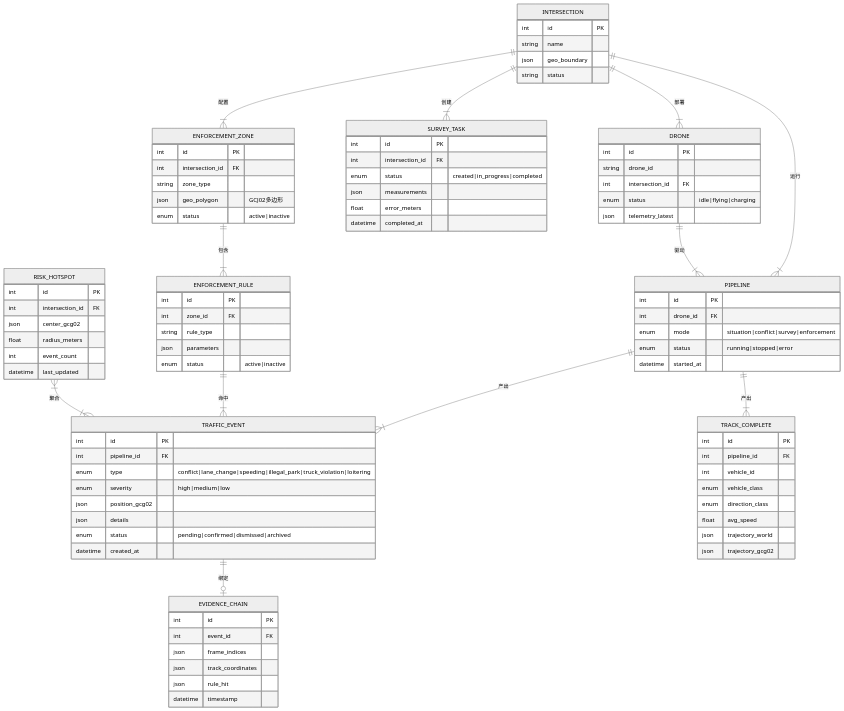
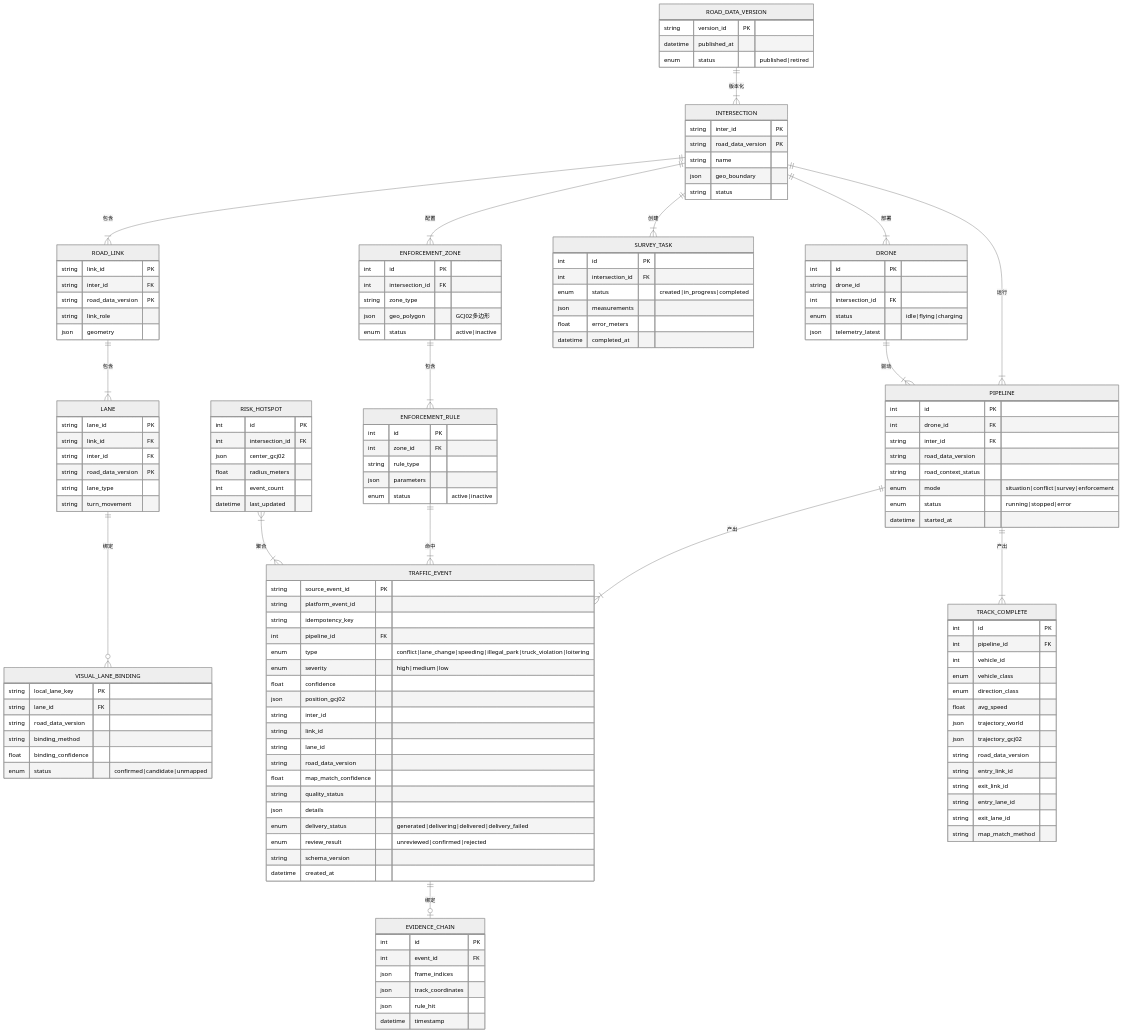
The second of 4 diagrams in docs/generated/2026-06-29-uav-traffic-ai-prd.md (fjwangzy/TrafficAnalyzer), drawn with Mermaid (neutral theme) before and after one commit. The commit also changed other lines of this file and 51 other files, not shown here.

First line of the commit message:
Add S7 Quality Acceptance and Operations PRD and Road Network Data Investigation Documentation

````diff
--- a/docs/generated/2026-06-29-uav-traffic-ai-prd.md
+++ b/docs/generated/2026-06-29-uav-traffic-ai-prd.md
@@ -396,7 +685,11 @@
 ```mermaid
 erDiagram
+    ROAD_DATA_VERSION ||--|{ INTERSECTION : "版本化"
     INTERSECTION ||--|{ DRONE : "部署"
     INTERSECTION ||--|{ PIPELINE : "运行"
+    INTERSECTION ||--|{ ROAD_LINK : "包含"
+    ROAD_LINK ||--|{ LANE : "包含"
+    LANE ||--o{ VISUAL_LANE_BINDING : "绑定"
     INTERSECTION ||--|{ SURVEY_TASK : "创建"
     INTERSECTION ||--|{ ENFORCEMENT_ZONE : "配置"
 
@@ -411,10 +704,43 @@
     RISK_HOTSPOT }|--|{ TRAFFIC_EVENT : "聚合"
 
     INTERSECTION {
-        int id PK
+        string inter_id PK
+        string road_data_version PK
         string name
         json geo_boundary
         string status
+    }
+
+    ROAD_DATA_VERSION {
+        string version_id PK
+        datetime published_at
+        enum status "published|retired"
+    }
+
+    ROAD_LINK {
+        string link_id PK
+        string inter_id FK
+        string road_data_version PK
+        string link_role
+        json geometry
+    }
+
+    LANE {
+        string lane_id PK
+        string link_id FK
+        string inter_id FK
+        string road_data_version PK
+        string lane_type
+        string turn_movement
+    }
+
+    VISUAL_LANE_BINDING {
+        string local_lane_key PK
+        string lane_id FK
+        string road_data_version
+        string binding_method
+        float binding_confidence
+        enum status "confirmed|candidate|unmapped"
     }
 
     DRONE {
@@ -428,19 +754,33 @@
     PIPELINE {
         int id PK
         int drone_id FK
+        string inter_id FK
+        string road_data_version
+        string road_context_status
         enum mode "situation|conflict|survey|enforcement"
         enum status "running|stopped|error"
         datetime started_at
     }
 
     TRAFFIC_EVENT {
-        int id PK
+        string source_event_id PK
+        string platform_event_id
+        string idempotency_key
         int pipeline_id FK
         enum type "conflict|lane_change|speeding|illegal_park|truck_violation|loitering"
         enum severity "high|medium|low"
-        json position_gcg02
+        float confidence
+        json position_gcj02
+        string inter_id
+        string link_id
+        string lane_id
+        string road_data_version
+        float map_match_confidence
+        string quality_status
         json details
-        enum status "pending|confirmed|dismissed|archived"
+        enum delivery_status "generated|delivering|delivered|delivery_failed"
+        enum review_result "unreviewed|confirmed|rejected"
+        string schema_version
         datetime created_at
     }
 
@@ -481,7 +821,7 @@
     RISK_HOTSPOT {
         int id PK
         int intersection_id FK
-        json center_gcg02
+        json center_gcj02
         float radius_meters
         int event_count
         datetime last_updated
@@ -495,6 +835,12 @@
         enum direction_class
         float avg_speed
         json trajectory_world
-        json trajectory_gcg02
+        json trajectory_gcj02
+        string road_data_version
+        string entry_link_id
+        string exit_link_id
+        string entry_lane_id
+        string exit_lane_id
+        string map_match_method
     }
 ```
````
